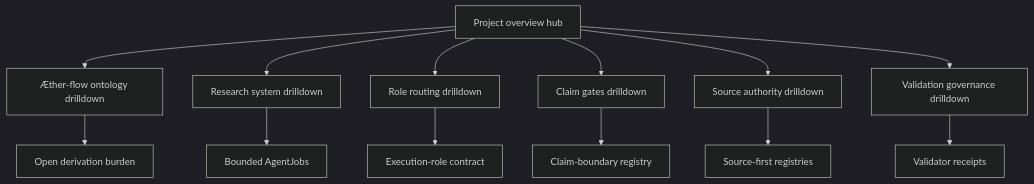
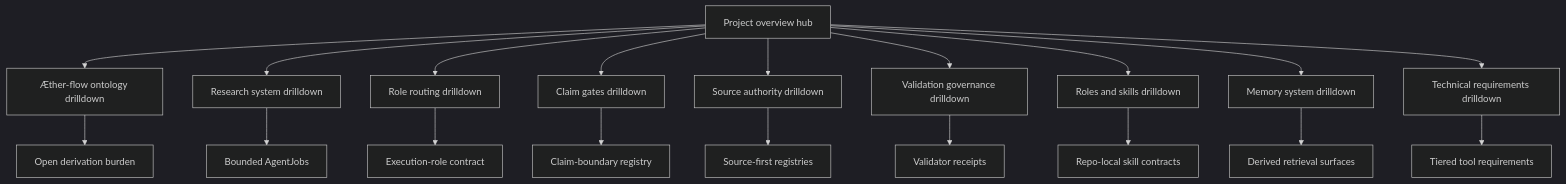
Before and after one commit to AngryOwlAI/The-AEther-Flow: the first of 2 diagrams in markdown/html-explainer-specs/project-overview-explainer.md, drawn with Mermaid (dark theme). The commit also changed other lines of this file and 105 other files, not shown here.

````diff
--- a/markdown/html-explainer-specs/project-overview-explainer.md
+++ b/markdown/html-explainer-specs/project-overview-explainer.md
@@ -118,15 +138,21 @@
 ```mermaid
 flowchart TD
   Hub["Project overview hub"] --> Ontology["Æther-flow ontology drilldown"]
   Hub --> ResearchSystem["Research system drilldown"]
   Hub --> RoleRouting["Role routing drilldown"]
   Hub --> ClaimGates["Claim gates drilldown"]
   Hub --> SourceAuthority["Source authority drilldown"]
   Hub --> Validation["Validation governance drilldown"]
+  Hub --> RolesSkills["Roles and skills drilldown"]
+  Hub --> MemorySystem["Memory system drilldown"]
+  Hub --> Requirements["Technical requirements drilldown"]
   Ontology --> Burden["Open derivation burden"]
   ResearchSystem --> Jobs["Bounded AgentJobs"]
   RoleRouting --> Roles["Execution-role contract"]
   ClaimGates --> Boundaries["Claim-boundary registry"]
   SourceAuthority --> Registries["Source-first registries"]
   Validation --> Receipts["Validator receipts"]
+  RolesSkills --> SkillContracts["Repo-local skill contracts"]
+  MemorySystem --> Retrieval["Derived retrieval surfaces"]
+  Requirements --> ToolTiers["Tiered tool requirements"]
 ```
````
